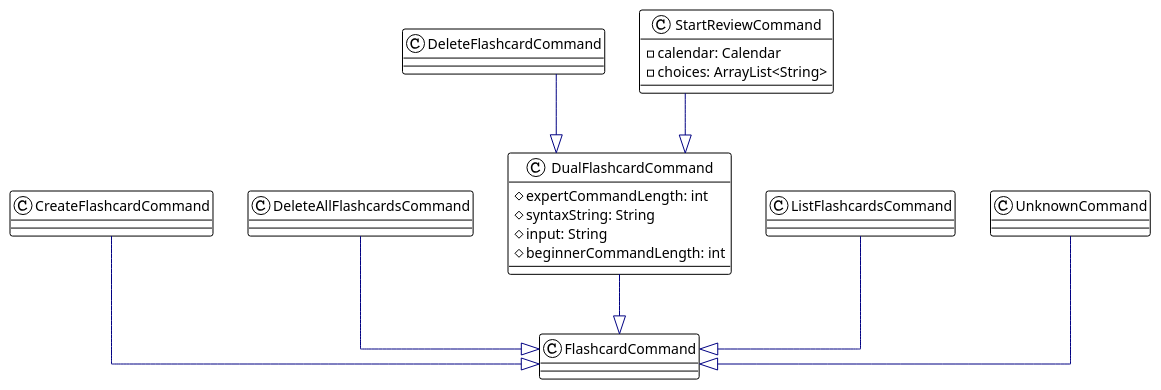
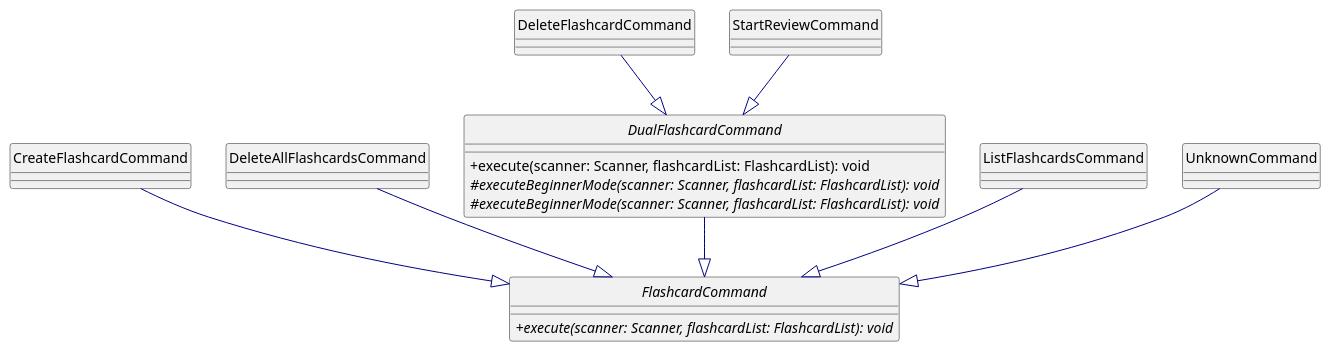
The diagram in docs/Diagrams/flashcard-diagrams/command_package_classes.puml (nus-cs2113-AY2324S1/tp), drawn with PlantUML before and after one commit. The commit also changed 7 other files, not shown here.

```diff
--- a/docs/Diagrams/flashcard-diagrams/command_package_classes.puml
+++ b/docs/Diagrams/flashcard-diagrams/command_package_classes.puml
@@ -1,31 +1,29 @@
 @startuml
 
-!theme plain
-top to bottom direction
-skinparam linetype ortho
+hide circle
+skinparam classAttributeIconSize 0
 
 class CreateFlashcardCommand
 class DeleteAllFlashcardsCommand
 class DeleteFlashcardCommand
-class DualFlashcardCommand {
-  # expertCommandLength: int
-  # syntaxString: String
-  # input: String
-  # beginnerCommandLength: int
+abstract class DualFlashcardCommand {
+  + execute(scanner: Scanner, flashcardList: FlashcardList): void
+  # {abstract} executeBeginnerMode(scanner: Scanner, flashcardList: FlashcardList): void
+  # {abstract} executeBeginnerMode(scanner: Scanner, flashcardList: FlashcardList): void
 }
-class FlashcardCommand
+abstract class FlashcardCommand {
+  + {abstract} execute(scanner: Scanner, flashcardList: FlashcardList): void
+}
 class ListFlashcardsCommand
-class StartReviewCommand {
-  - calendar: Calendar
-  - choices: ArrayList<String>
-}
+class StartReviewCommand
 class UnknownCommand
 
 CreateFlashcardCommand      -[#000082,plain]-^  FlashcardCommand
 DeleteAllFlashcardsCommand  -[#000082,plain]-^  FlashcardCommand
 DeleteFlashcardCommand      -[#000082,plain]-^  DualFlashcardCommand
 DualFlashcardCommand        -[#000082,plain]-^  FlashcardCommand
 ListFlashcardsCommand       -[#000082,plain]-^  FlashcardCommand
 StartReviewCommand          -[#000082,plain]-^  DualFlashcardCommand
 UnknownCommand              -[#000082,plain]-^  FlashcardCommand
+
 @enduml
```
